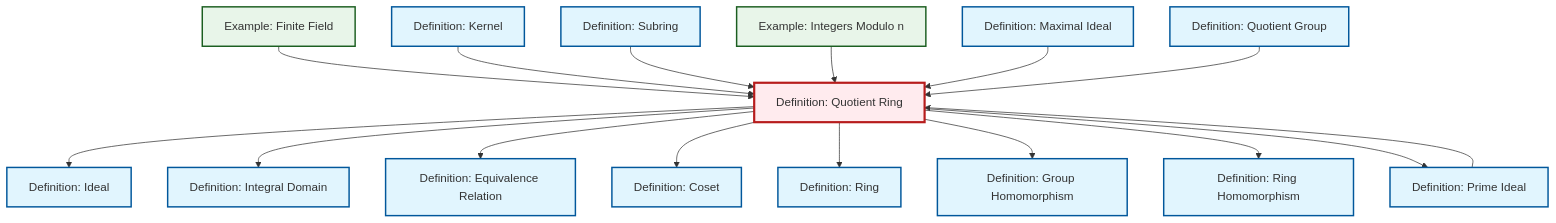
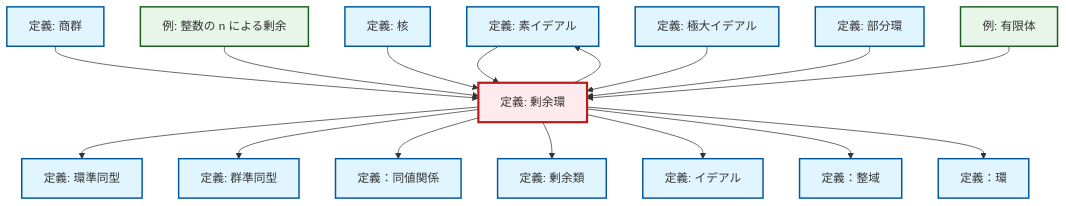
The diagram in content/ja/algebra/def-quotient-ring.qmd (RK0429/ModernMath), drawn with Mermaid before and after one commit. The commit also changed 1069 other files, not shown here.

````diff
--- a/content/ja/algebra/def-quotient-ring.qmd
+++ b/content/ja/algebra/def-quotient-ring.qmd
@@ -83,54 +83,54 @@
 ```{mermaid}
 %%| fig-cap: "Local dependency graph"
 graph TD
     classDef definition fill:#e1f5fe,stroke:#01579b,stroke-width:2px
     classDef theorem fill:#f3e5f5,stroke:#4a148c,stroke-width:2px
     classDef axiom fill:#fff3e0,stroke:#e65100,stroke-width:2px
     classDef example fill:#e8f5e9,stroke:#1b5e20,stroke-width:2px
     classDef current fill:#ffebee,stroke:#b71c1c,stroke-width:3px
-    def-coset["Definition: Coset"]:::definition
-    def-quotient-ring["Definition: Quotient Ring"]:::definition
-    def-ring-homomorphism["Definition: Ring Homomorphism"]:::definition
-    def-maximal-ideal["Definition: Maximal Ideal"]:::definition
-    def-prime-ideal["Definition: Prime Ideal"]:::definition
-    def-quotient-group["Definition: Quotient Group"]:::definition
-    def-equivalence-relation["Definition: Equivalence Relation"]:::definition
-    def-ring["Definition: Ring"]:::definition
-    def-ideal["Definition: Ideal"]:::definition
-    def-kernel["Definition: Kernel"]:::definition
-    def-subring["Definition: Subring"]:::definition
-    def-homomorphism["Definition: Group Homomorphism"]:::definition
-    def-integral-domain["Definition: Integral Domain"]:::definition
-    ex-finite-field["Example: Finite Field"]:::example
-    ex-quotient-integers-mod-n["Example: Integers Modulo n"]:::example
+    def-prime-ideal["定義: 素イデアル"]:::definition
+    def-ideal["定義: イデアル"]:::definition
+    def-maximal-ideal["定義: 極大イデアル"]:::definition
+    def-quotient-ring["定義: 剰余環"]:::definition
+    def-integral-domain["定義：整域"]:::definition
+    def-ring["定義：環"]:::definition
+    def-ring-homomorphism["定義: 環準同型"]:::definition
+    def-quotient-group["定義: 商群"]:::definition
+    ex-quotient-integers-mod-n["例: 整数の n による剰余"]:::example
+    def-homomorphism["定義: 群準同型"]:::definition
+    def-subring["定義: 部分環"]:::definition
+    def-coset["定義: 剰余類"]:::definition
+    def-equivalence-relation["定義：同値関係"]:::definition
+    def-kernel["定義: 核"]:::definition
+    ex-finite-field["例: 有限体"]:::example
+    def-prime-ideal --> def-quotient-ring
+    def-quotient-ring --> def-ring-homomorphism
+    def-quotient-ring --> def-homomorphism
+    def-quotient-ring --> def-equivalence-relation
+    def-quotient-ring --> def-coset
+    def-quotient-ring --> def-prime-ideal
     def-quotient-ring --> def-ideal
+    def-quotient-group --> def-quotient-ring
+    ex-quotient-integers-mod-n --> def-quotient-ring
+    def-kernel --> def-quotient-ring
+    def-maximal-ideal --> def-quotient-ring
+    def-subring --> def-quotient-ring
     def-quotient-ring --> def-integral-domain
     ex-finite-field --> def-quotient-ring
-    def-quotient-ring --> def-equivalence-relation
-    def-kernel --> def-quotient-ring
-    def-subring --> def-quotient-ring
-    ex-quotient-integers-mod-n --> def-quotient-ring
-    def-maximal-ideal --> def-quotient-ring
-    def-quotient-ring --> def-coset
     def-quotient-ring --> def-ring
-    def-quotient-group --> def-quotient-ring
-    def-quotient-ring --> def-homomorphism
-    def-quotient-ring --> def-ring-homomorphism
-    def-quotient-ring --> def-prime-ideal
-    def-prime-ideal --> def-quotient-ring
     class def-quotient-ring current
-    click def-coset "def-coset.html" "Definition: Cosetへ"
-    click def-ring-homomorphism "def-ring-homomorphism.html" "Definition: Ring Homomorphismへ"
-    click def-maximal-ideal "def-maximal-ideal.html" "Definition: Maximal Idealへ"
-    click def-prime-ideal "def-prime-ideal.html" "Definition: Prime Idealへ"
-    click def-quotient-group "def-quotient-group.html" "Definition: Quotient Groupへ"
-    click def-equivalence-relation "def-equivalence-relation.html" "Definition: Equivalence Relationへ"
-    click def-ring "def-ring.html" "Definition: Ringへ"
-    click def-ideal "def-ideal.html" "Definition: Idealへ"
-    click def-kernel "def-kernel.html" "Definition: Kernelへ"
-    click def-subring "def-subring.html" "Definition: Subringへ"
-    click def-homomorphism "def-homomorphism.html" "Definition: Group Homomorphismへ"
-    click def-integral-domain "def-integral-domain.html" "Definition: Integral Domainへ"
-    click ex-finite-field "ex-finite-field.html" "Example: Finite Fieldへ"
-    click ex-quotient-integers-mod-n "ex-quotient-integers-mod-n.html" "Example: Integers Modulo nへ"
+    click def-prime-ideal "def-prime-ideal.html" "素イデアルの定義へ"
+    click def-ideal "def-ideal.html" "イデアルの定義へ"
+    click def-maximal-ideal "def-maximal-ideal.html" "極大イデアルの定義へ"
+    click def-integral-domain "def-integral-domain.html" "定義：整域へ"
+    click def-ring "def-ring.html" "定義：環へ"
+    click def-ring-homomorphism "def-ring-homomorphism.html" "環準同型の定義へ"
+    click def-quotient-group "def-quotient-group.html" "商群の定義へ"
+    click ex-quotient-integers-mod-n "ex-quotient-integers-mod-n.html" "整数の n による剰余の例へ"
+    click def-homomorphism "def-homomorphism.html" "群準同型の定義へ"
+    click def-subring "def-subring.html" "部分環の定義へ"
+    click def-coset "def-coset.html" "剰余類の定義へ"
+    click def-equivalence-relation "def-equivalence-relation.html" "定義：同値関係へ"
+    click def-kernel "def-kernel.html" "核の定義へ"
+    click ex-finite-field "ex-finite-field.html" "有限体の例へ"
 ```
````
